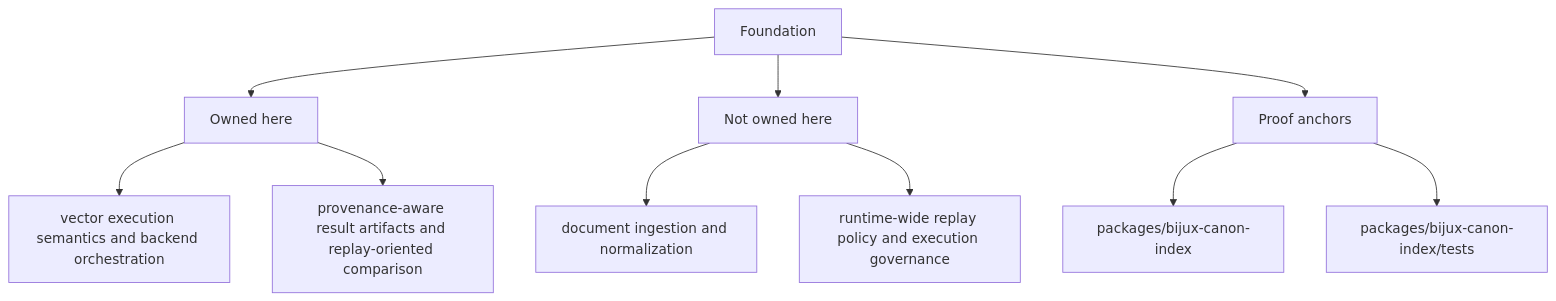
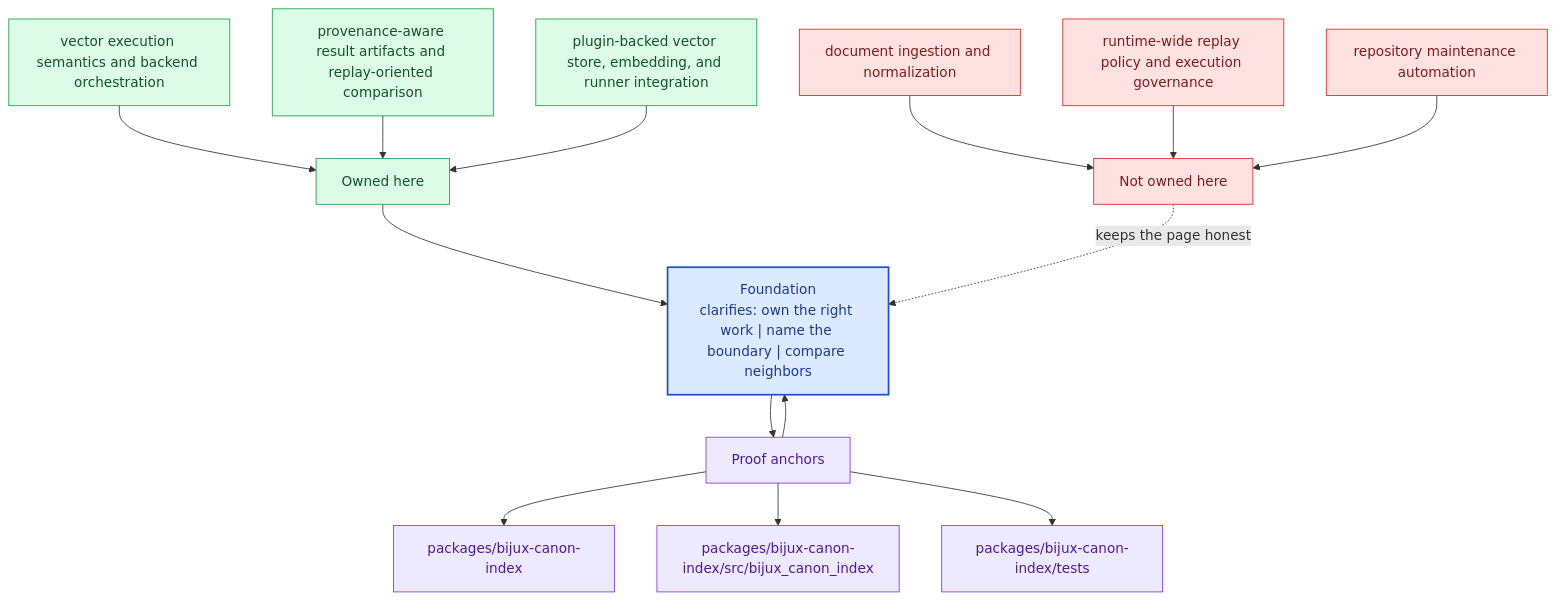
Before and after one commit to bijux/bijux-canon: the second of 2 diagrams in docs/bijux-canon-index/foundation/index.md, drawn with Mermaid. The commit also changed other lines of this file and 281 other files, not shown here.

Commit message:
docs(diagrams): deepen handbook mermaid maps across the catalog

````diff
--- a/docs/bijux-canon-index/foundation/index.md
+++ b/docs/bijux-canon-index/foundation/index.md
@@ -32,22 +65,40 @@
 ```mermaid
-flowchart TD
-    page["Foundation"]
+flowchart TB
+    promise["Foundation<br/>clarifies: own the right work | name the boundary | compare neighbors"]
+    classDef promise fill:#dbeafe,stroke:#1d4ed8,color:#1e3a8a,stroke-width:2px;
+    classDef driver fill:#dcfce7,stroke:#16a34a,color:#14532d;
+    classDef constraint fill:#fee2e2,stroke:#dc2626,color:#7f1d1d;
+    classDef ground fill:#ede9fe,stroke:#7c3aed,color:#4c1d95;
     focus1["Owned here"]
-    page --> focus1
+    focus1 --> promise
     focus1_1["vector execution semantics and backend orchestration"]
-    focus1 --> focus1_1
+    focus1_1 --> focus1
     focus1_2["provenance-aware result artifacts and replay-oriented comparison"]
-    focus1 --> focus1_2
+    focus1_2 --> focus1
+    focus1_3["plugin-backed vector store, embedding, and runner integration"]
+    focus1_3 --> focus1
+    class focus1 driver;
+    class focus1_1,focus1_2,focus1_3 driver;
     focus2["Not owned here"]
-    page --> focus2
+    focus2 -.keeps the page honest.-> promise
     focus2_1["document ingestion and normalization"]
-    focus2 --> focus2_1
+    focus2_1 --> focus2
     focus2_2["runtime-wide replay policy and execution governance"]
-    focus2 --> focus2_2
+    focus2_2 --> focus2
+    focus2_3["repository maintenance automation"]
+    focus2_3 --> focus2
+    class focus2 constraint;
+    class focus2_1,focus2_2,focus2_3 constraint;
     focus3["Proof anchors"]
-    page --> focus3
+    focus3 --> promise
+    promise --> focus3
     focus3_1["packages/bijux-canon-index"]
     focus3 --> focus3_1
-    focus3_2["packages/bijux-canon-index/tests"]
+    focus3_2["packages/bijux-canon-index/src/bijux_canon_index"]
     focus3 --> focus3_2
+    focus3_3["packages/bijux-canon-index/tests"]
+    focus3 --> focus3_3
+    class focus3 ground;
+    class focus3_1,focus3_2,focus3_3 ground;
+    class promise promise;
 ```
````
